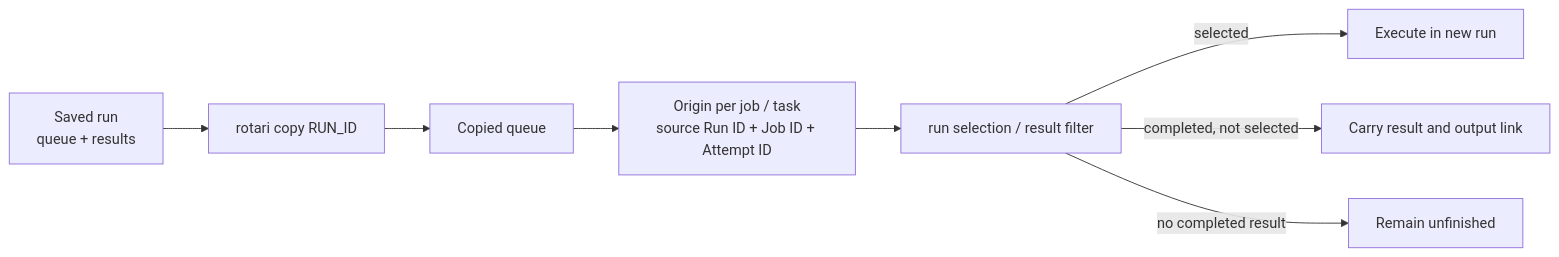
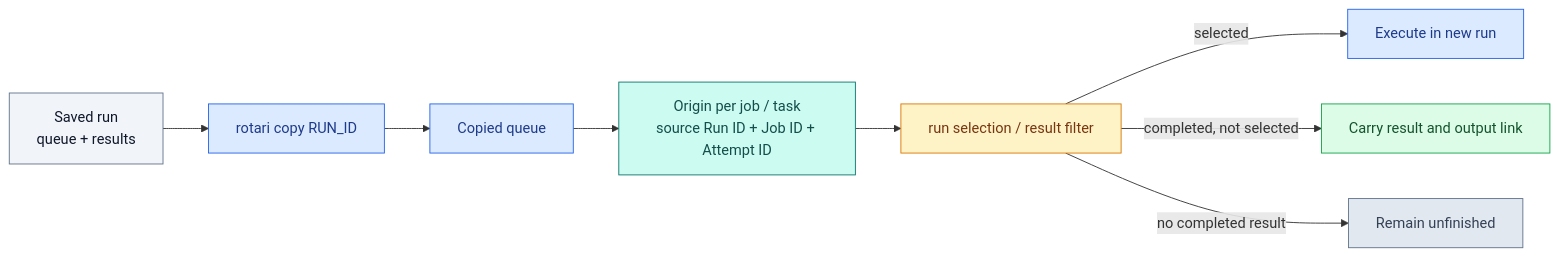
One commit to kamo-naoyuki/rotari changed the first of 3 diagrams in docs/RUNNING.md. Above: the diagram before and after it, drawn with Mermaid. The commit also changed other lines of this file, not shown here.

Commit message:
docs: color-code rerun workflow diagrams

````diff
--- a/docs/RUNNING.md
+++ b/docs/RUNNING.md
@@ -170,10 +170,25 @@
 ```mermaid
 flowchart LR
   SavedRun["Saved run<br/>queue + results"] --> Copy["rotari copy RUN_ID"]
   Copy --> CopiedQueue["Copied queue"]
   CopiedQueue --> Origin["Origin per job / task<br/>source Run ID + Job ID + Attempt ID"]
   Origin --> Filter["run selection / result filter"]
   Filter -->|"selected"| Execute["Execute in new run"]
   Filter -->|"completed, not selected"| Carry["Carry result and output link"]
   Filter -->|"no completed result"| Unfinished["Remain unfinished"]
+
+  classDef source fill:#f1f5f9,stroke:#64748b,color:#0f172a
+  classDef queue fill:#dbeafe,stroke:#2563eb,color:#1e3a8a
+  classDef origin fill:#ccfbf1,stroke:#0f766e,color:#134e4a
+  classDef filter fill:#fef3c7,stroke:#d97706,color:#78350f
+  classDef execute fill:#dbeafe,stroke:#2563eb,color:#1e3a8a
+  classDef carried fill:#dcfce7,stroke:#16a34a,color:#14532d
+  classDef unfinished fill:#e2e8f0,stroke:#64748b,color:#334155
+  class SavedRun source
+  class Copy,CopiedQueue queue
+  class Origin origin
+  class Filter filter
+  class Execute execute
+  class Carry carried
+  class Unfinished unfinished
 ```
````
